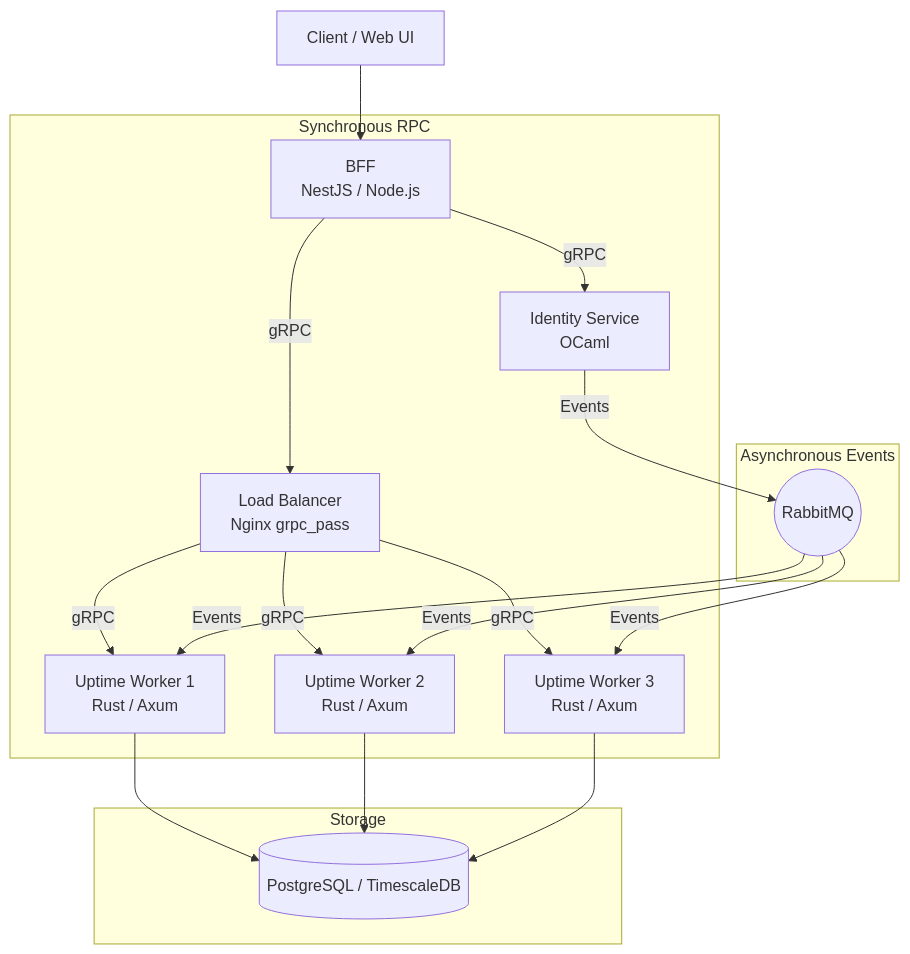
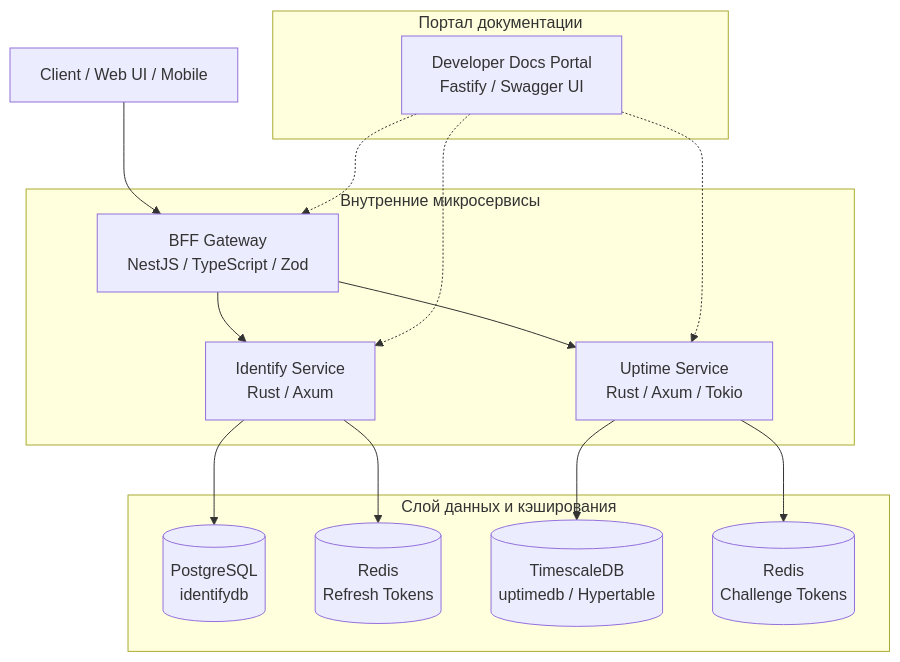
The diagram in README.md (zerokqx/upward), drawn with Mermaid before and after one commit. The commit also changed other lines of this file and 1 other file, not shown here.

Commit message:
docs: update features and architecture in README and features.md

````diff
--- a/README.md
+++ b/README.md
@@ -11,25 +11,23 @@
 ```mermaid
 flowchart TD
-    Client[Client / Web UI] --> BFF[BFF\nNestJS / Node.js]
+    Client[Client / Web UI / Mobile] --> BFF[BFF Gateway\nNestJS / TypeScript / Zod]
     
-    subgraph Synchronous RPC
-        BFF -- gRPC --> Nginx[Load Balancer\nNginx grpc_pass]
-        BFF -- gRPC --> Identity[Identity Service\nOCaml]
-        Nginx -- gRPC --> Uptime1[Uptime Worker 1\nRust / Axum]
-        Nginx -- gRPC --> Uptime2[Uptime Worker 2\nRust / Axum]
-        Nginx -- gRPC --> Uptime3[Uptime Worker 3\nRust / Axum]
+    subgraph Services [Внутренние микросервисы]
+        BFF --> Identify[Identify Service\nRust / Axum]
+        BFF --> Uptime[Uptime Service\nRust / Axum / Tokio]
     end
 
-    subgraph Asynchronous Events
-        Identity -- Events --> RMQ((RabbitMQ))
-        RMQ -- Events --> Uptime1
-        RMQ -- Events --> Uptime2
-        RMQ -- Events --> Uptime3
+    subgraph Documentation [Портал документации]
+        Docs[Developer Docs Portal\nFastify / Swagger UI]
+        Docs -.-> BFF
+        Docs -.-> Identify
+        Docs -.-> Uptime
     end
 
-    subgraph Storage
-        Uptime1 --> DB[(PostgreSQL / TimescaleDB)]
-        Uptime2 --> DB
-        Uptime3 --> DB
+    subgraph Storage [Слой данных и кэширования]
+        Identify --> PG[(PostgreSQL\nidentifydb)]
+        Identify --> RedisId[(Redis\nRefresh Tokens)]
+        Uptime --> TS[(TimescaleDB\nuptimedb / Hypertable)]
+        Uptime --> RedisUp[(Redis\nChallenge Tokens)]
     end
 ```
````
